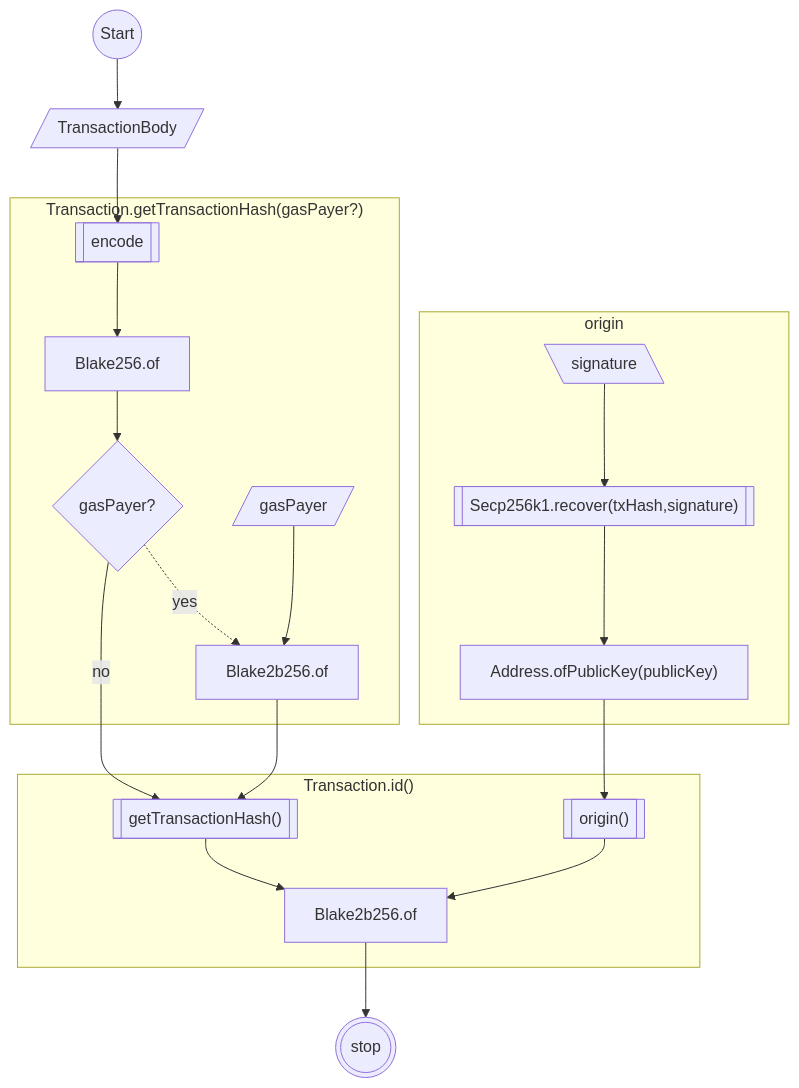
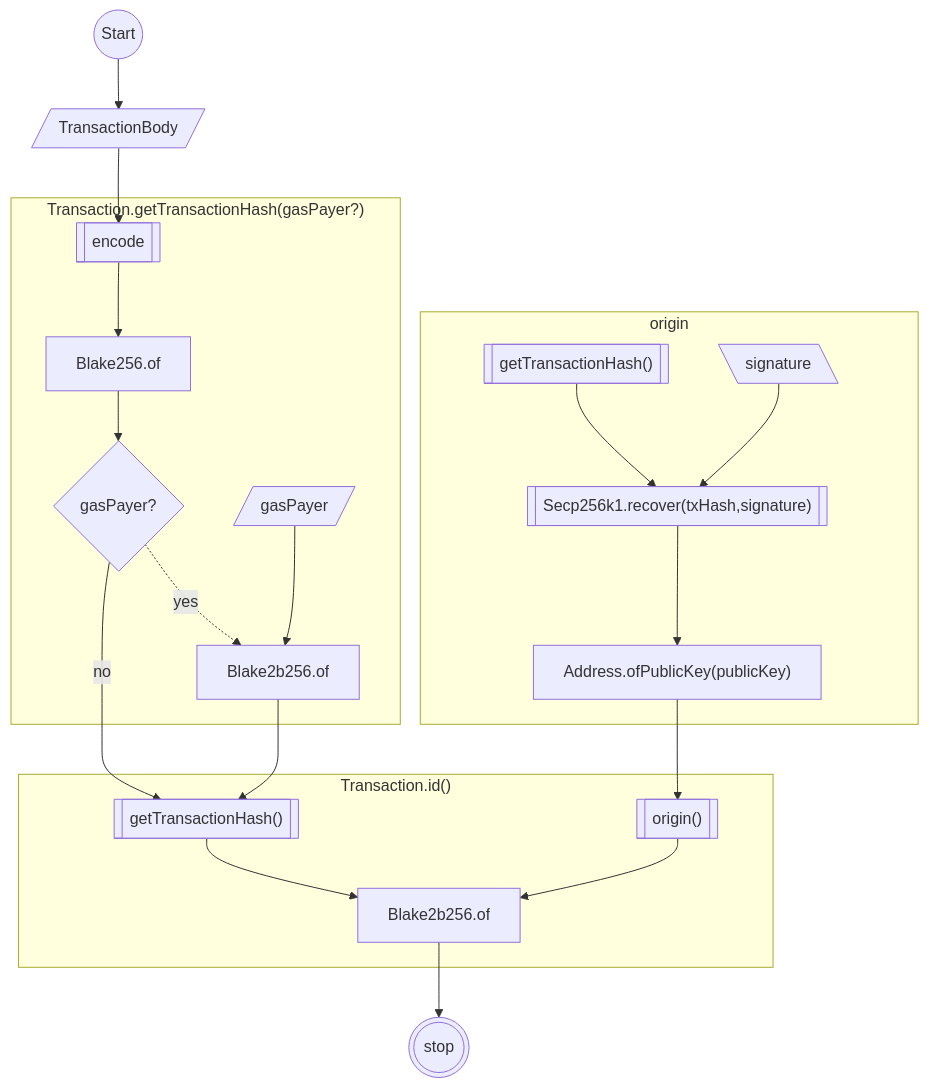
The diagram in docs/diagrams/v2/core/transaction/transaction_id.md (vechain/vechain-sdk-js), drawn with Mermaid before and after one commit. The commit also changed other lines of this file, not shown here.

Commit message:
feat: 1484 transaction id flowchart

````diff
--- a/docs/diagrams/v2/core/transaction/transaction_id.md
+++ b/docs/diagrams/v2/core/transaction/transaction_id.md
@@ -1,38 +27,41 @@
 ```mermaid
 flowchart TD
     start((Start))
     stop(((stop)))
     body[/TransactionBody/]
     subgraph origin
+        origin_txHash[["getTransactionHash()"]]
         origin_signature[\signature\]
         origin_recover[["Secp256k1.recover(txHash,signature)"]]
         origin_address["Address.ofPublicKey(publicKey)"]
+        origin_recover --> origin_address
         origin_signature --> origin_recover
-        origin_recover --> origin_address
-        
+
     end
-    subgraph txHash["Transaction.getTransactionHash(gasPayer?)"]
+    subgraph tx_hash["Transaction.getTransactionHash(gasPayer?)"]
         txHash_encodeHash[Blake256.of]
         txHash_encodePayer[Blake2b256.of]
         txHash_encode[[encode]]
         txHash_payer?{gasPayer?}
         txHash_payer[/gasPayer/]
         txHash_encode --> txHash_encodeHash
         txHash_encodeHash --> txHash_payer?
         txHash_payer? -. yes .-> txHash_encodePayer
         txHash_payer --> txHash_encodePayer
     end
     subgraph tx_id["Transaction.id()"]
         id_hash[Blake2b256.of]
         id_origin[["origin()"]]
         id_txHash[["getTransactionHash()"]]
         id_origin --> id_hash
         id_txHash --> id_hash
     end
+    body --> txHash_encode
+    id_hash --> stop
+    origin_address --> id_origin
+    origin_txHash --> origin_recover
     start --> body
-    body --> txHash_encode
     txHash_encodePayer --> id_txHash
     txHash_payer? -- no --> id_txHash
-    id_hash --> stop
-    origin_address --> id_origin
+
 ```
````
